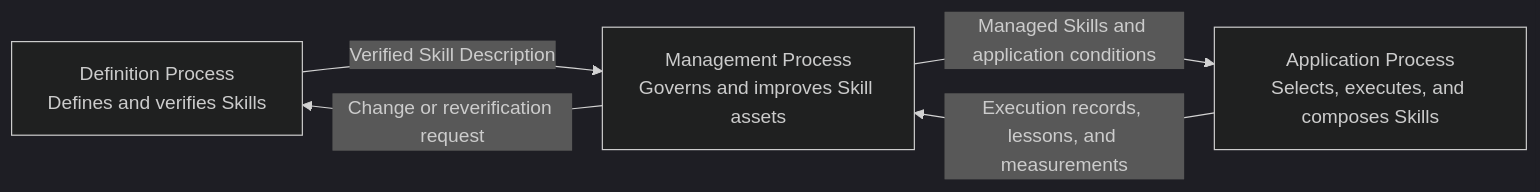
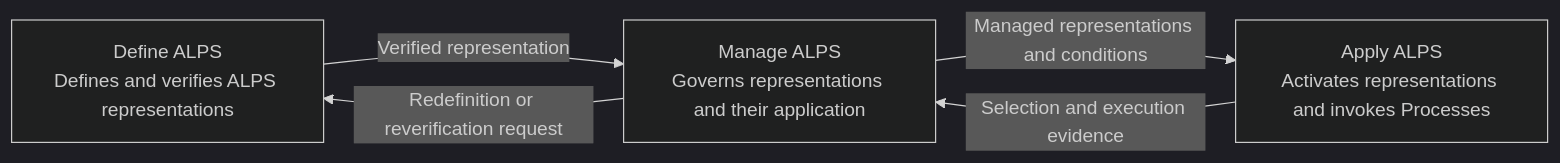
Before and after one commit to mashimashica/alps: the diagram in README.md, drawn with Mermaid (dark theme). The commit also changed other lines of this file and 52 other files, not shown here.

````diff
--- a/README.md
+++ b/README.md
@@ -84,11 +88,11 @@
 ```mermaid
 flowchart LR
-    DEFINE["Definition Process<br/>Defines and verifies Skills"]
-    MANAGE["Management Process<br/>Governs and improves Skill assets"]
-    APPLY["Application Process<br/>Selects, executes, and composes Skills"]
+    DEFINE["Define ALPS<br/>Defines and verifies ALPS representations"]
+    MANAGE["Manage ALPS<br/>Governs representations and their application"]
+    APPLY["Apply ALPS<br/>Activates representations and invokes Processes"]
 
-    DEFINE -->|"Verified Skill Description"| MANAGE
-    MANAGE -->|"Managed Skills and application conditions"| APPLY
-    APPLY -->|"Execution records, lessons, and measurements"| MANAGE
-    MANAGE -->|"Change or reverification request"| DEFINE
+    DEFINE -->|"Verified representation"| MANAGE
+    MANAGE -->|"Managed representations and conditions"| APPLY
+    APPLY -->|"Selection and execution evidence"| MANAGE
+    MANAGE -->|"Redefinition or reverification request"| DEFINE
 ```
````
